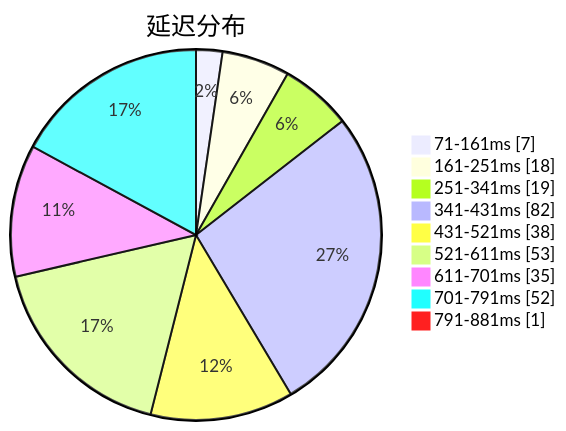
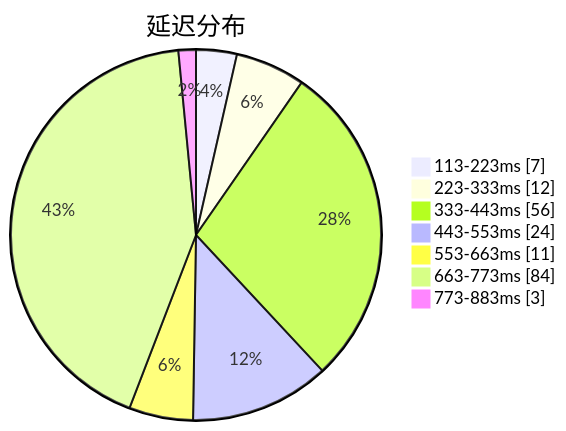
Before and after one commit to sinspired/airport: the first of 3 diagrams in subs/statistics/tested_within.md, drawn with Mermaid. The commit also changed other lines of this file and 2 other files, not shown here.

````diff
--- a/subs/statistics/tested_within.md
+++ b/subs/statistics/tested_within.md
@@ -2,13 +2,11 @@
 ```mermaid
 pie showData
 title 延迟分布
-"71-161ms" : 7
-"161-251ms" : 18
-"251-341ms" : 19
-"341-431ms" : 82
-"431-521ms" : 38
-"521-611ms" : 53
-"611-701ms" : 35
-"701-791ms" : 52
-"791-881ms" : 1
+"113-223ms" : 7
+"223-333ms" : 12
+"333-443ms" : 56
+"443-553ms" : 24
+"553-663ms" : 11
+"663-773ms" : 84
+"773-883ms" : 3
 ```
````
